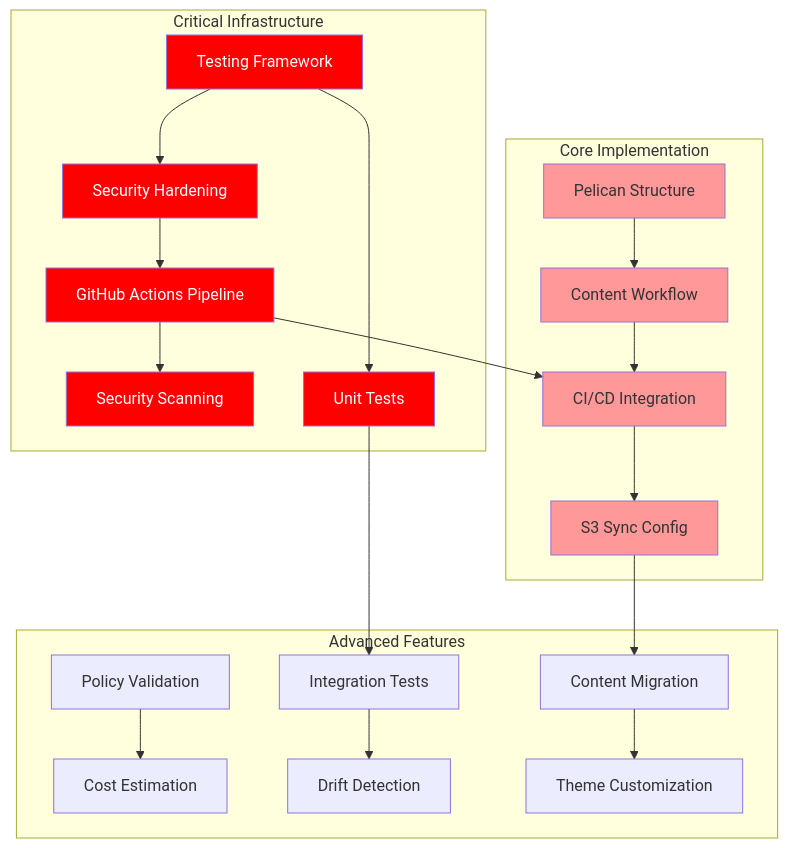
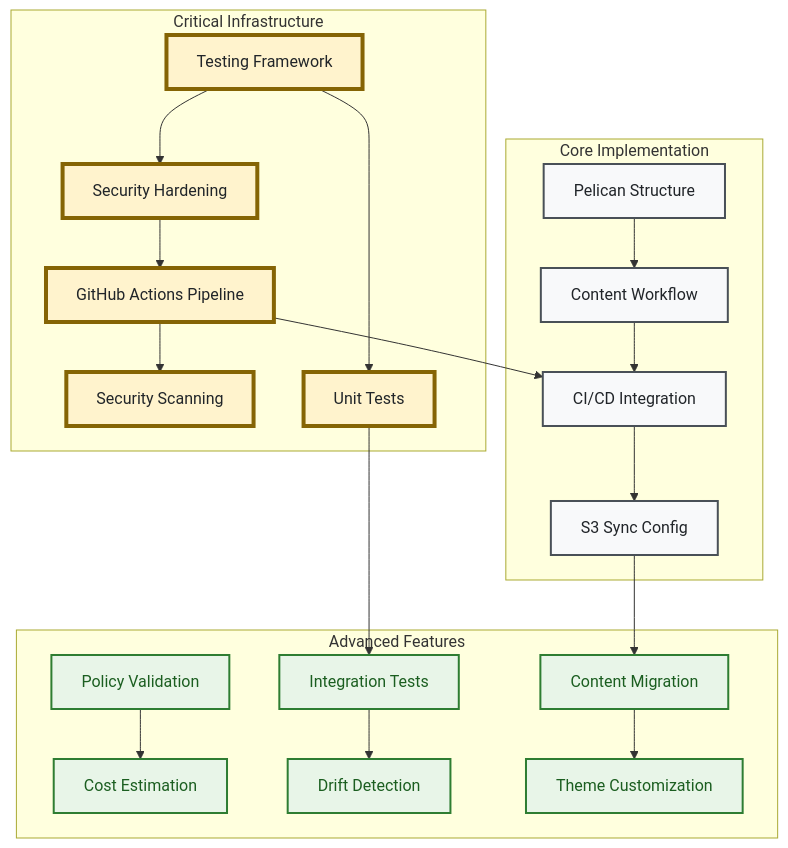
One commit to Celtikill/static-site changed the diagram in TODO.md. Above: the diagram before and after it, drawn with Mermaid. The commit also changed 11 other files, not shown here.

````diff
--- a/TODO.md
+++ b/TODO.md
@@ -273,35 +273,38 @@
 ```mermaid
 graph TD
+    %% Accessibility
+    accTitle: Enhanced Task Dependencies
+    accDescr: Shows project task dependencies across three main areas: Critical Infrastructure (testing framework, security hardening, GitHub Actions pipeline, security scanning, unit tests), Core Implementation (Pelican structure, content workflow, CI/CD integration, S3 sync configuration), and Advanced Features (policy validation, cost estimation, integration tests, drift detection, content migration, theme customization). Critical tasks are highlighted in high-contrast colors.
+    
     subgraph "Critical Infrastructure"
         A[Testing Framework] --> B[Security Hardening]
         B --> C[GitHub Actions Pipeline]
         C --> D[Security Scanning]
         A --> E[Unit Tests]
     end
     
     subgraph "Core Implementation"
         F[Pelican Structure] --> G[Content Workflow]
         G --> H[CI/CD Integration]
         H --> I[S3 Sync Config]
     end
     
     subgraph "Advanced Features"
         J[Policy Validation] --> K[Cost Estimation]
         L[Integration Tests] --> M[Drift Detection]
         N[Content Migration] --> O[Theme Customization]
     end
     
     C --> H
     E --> L
     I --> N
     
-    style A fill:#ff0000,color:#ffffff
-    style B fill:#ff0000,color:#ffffff
-    style C fill:#ff0000,color:#ffffff
-    style D fill:#ff0000,color:#ffffff
-    style E fill:#ff0000,color:#ffffff
-    style F fill:#ff9999
-    style G fill:#ff9999
-    style H fill:#ff9999
-    style I fill:#ff9999
+    %% High-Contrast Styling for Accessibility
+    classDef criticalTask fill:#fff3cd,stroke:#856404,stroke-width:4px,color:#212529
+    classDef coreTask fill:#f8f9fa,stroke:#495057,stroke-width:2px,color:#212529
+    classDef advancedTask fill:#e8f5e8,stroke:#2e7d32,stroke-width:2px,color:#1b5e20
+    
+    class A,B,C,D,E criticalTask
+    class F,G,H,I coreTask
+    class J,K,L,M,N,O advancedTask
 ```
````
